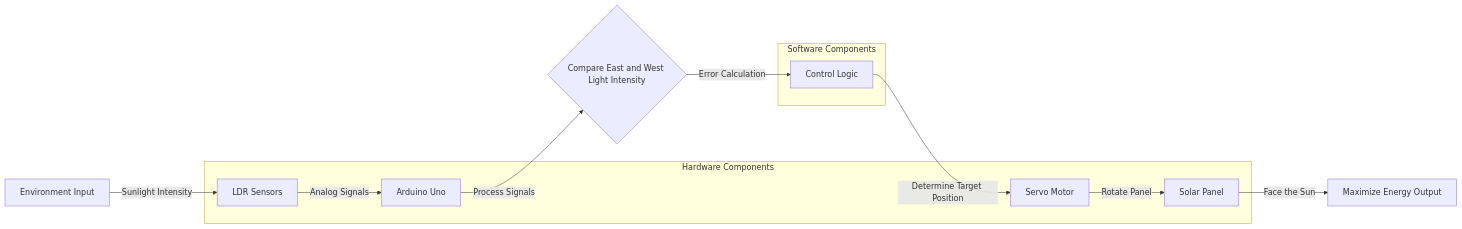
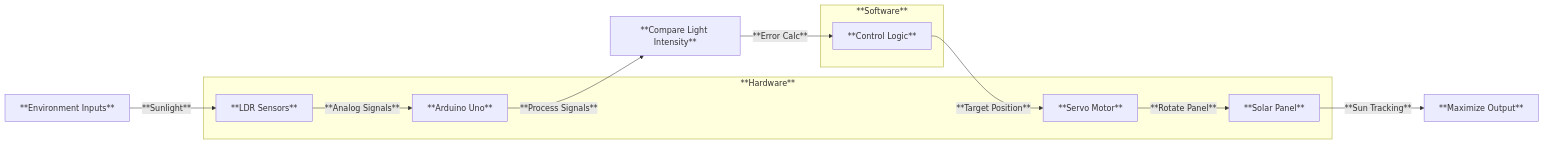
The diagram in architecturemermaid.md (Aaron-Thomas-Blessen/SkyBound), drawn with Mermaid before and after one commit.

````diff
--- a/architecturemermaid.md
+++ b/architecturemermaid.md
@@ -1,22 +1,22 @@
 ```mermaid
 graph LR
-    A[Environment Input] -->|Sunlight Intensity| B[LDR Sensors]
-    B -->|Analog Signals| C[Arduino Uno]
-    C -->|Process Signals| D{Compare East and West Light Intensity}
-    D -->|Error Calculation| E[Control Logic]
-    E -->|Determine Target Position| F[Servo Motor]
-    F -->|Rotate Panel| G[Solar Panel]
-    G -->|Face the Sun| H[Maximize Energy Output]
-    
-    subgraph Hardware Components
+    A[**Environment Inputs**] -->|**Sunlight**| B[**LDR Sensors**]
+    B -->|**Analog Signals**| C[**Arduino Uno**]
+    C -->|**Process Signals**| D[**Compare Light Intensity**]
+    D -->|**Error Calc**| E[**Control Logic**]
+    E -->|**Target Position**| F[**Servo Motor**]
+    F -->|**Rotate Panel**| G[**Solar Panel**]
+    G -->|**Sun Tracking**| H[**Maximize Output**]
+
+    subgraph **Hardware**
         B
         C
         F
         G
     end
 
-    subgraph Software Components
+    subgraph **Software**
         E
     end
 
 ```
````
